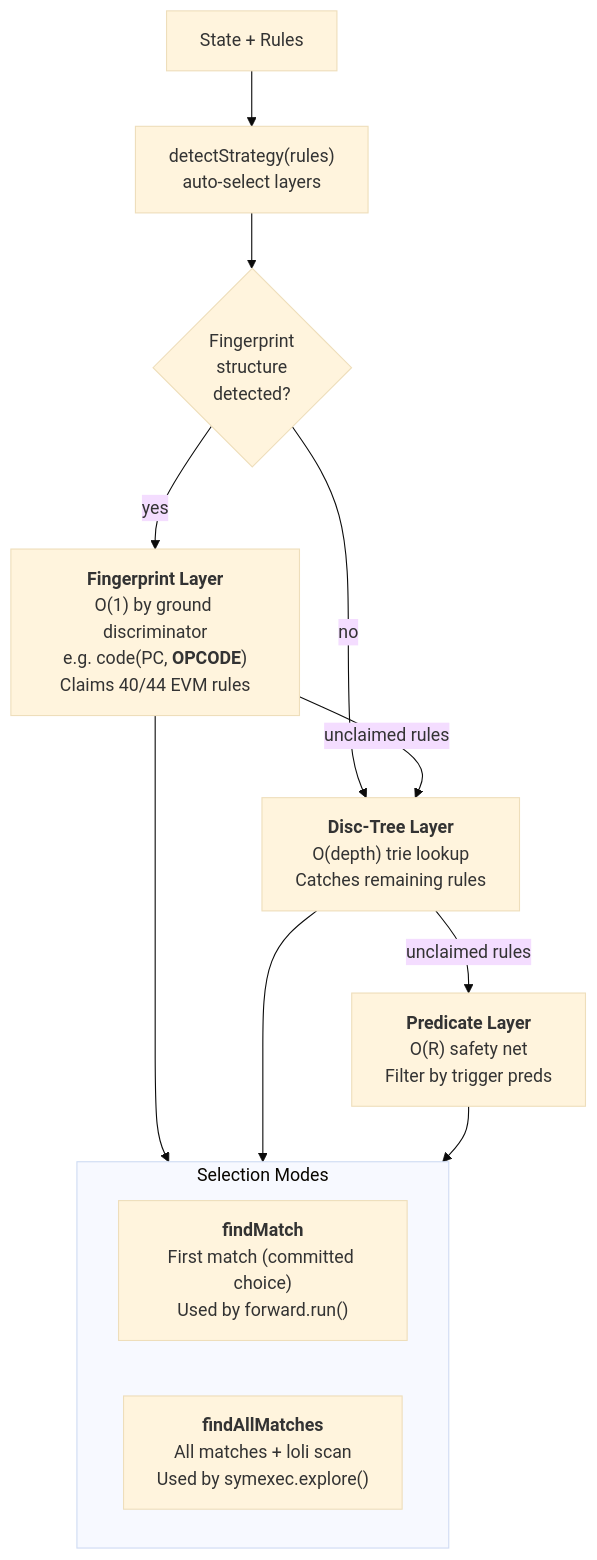
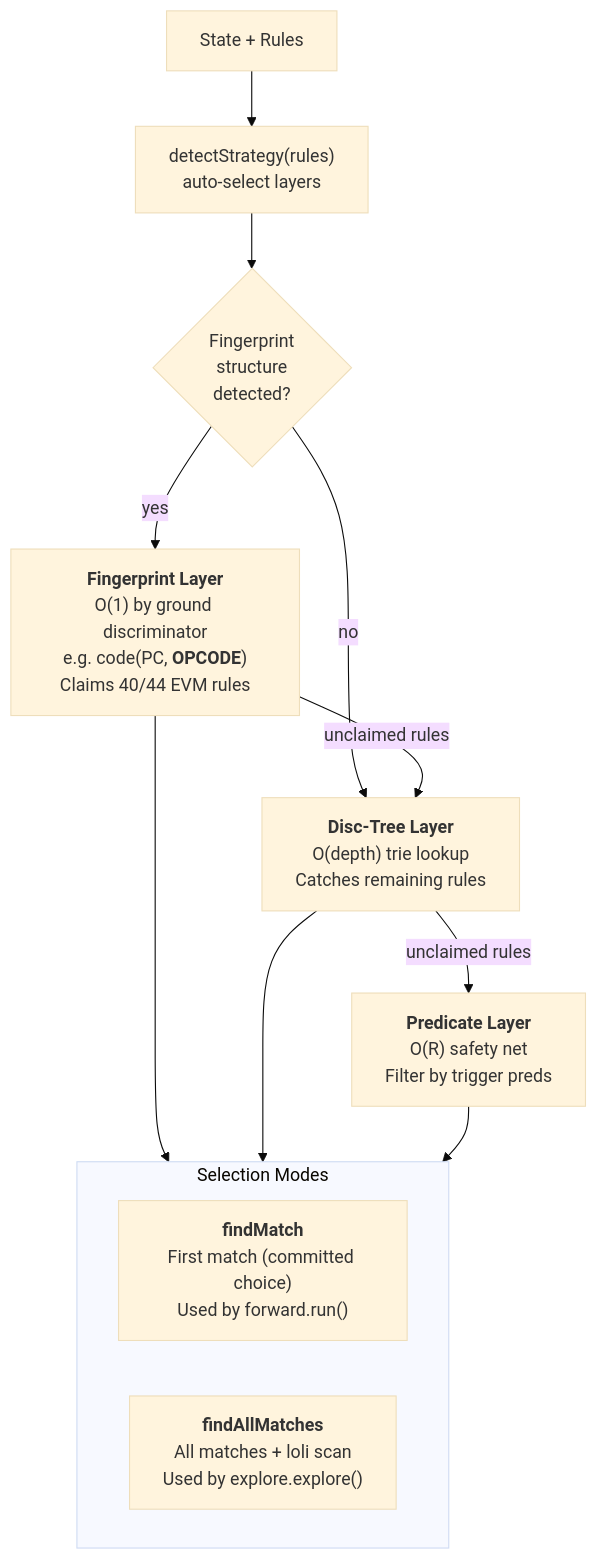
Before and after one commit to mhhf/calc: the fifth of 7 diagrams in doc/documentation/forward-chaining-engine.md, drawn with Mermaid (base theme). The commit also changed other lines of this file and 10 other files, not shown here.

````diff
--- a/doc/documentation/forward-chaining-engine.md
+++ b/doc/documentation/forward-chaining-engine.md
@@ -195,21 +195,21 @@
 ```mermaid
 flowchart TB
     STATE["State + Rules"] --> DETECT["detectStrategy(rules)<br/>auto-select layers"]
 
     DETECT --> FP{"Fingerprint<br/>structure<br/>detected?"}
     FP --> |"yes"| FPLAYER["<b>Fingerprint Layer</b><br/>O(1) by ground discriminator<br/>e.g. code(PC, <b>OPCODE</b>)<br/>Claims 40/44 EVM rules"]
     FP --> |"no"| DTLAYER
 
     FPLAYER --> |"unclaimed rules"| DTLAYER["<b>Disc-Tree Layer</b><br/>O(depth) trie lookup<br/>Catches remaining rules"]
 
     DTLAYER --> |"unclaimed rules"| PREDLAYER["<b>Predicate Layer</b><br/>O(R) safety net<br/>Filter by trigger preds"]
 
     subgraph Selection["Selection Modes"]
         COMMITTED["<b>findMatch</b><br/>First match (committed choice)<br/>Used by forward.run()"]
-        EXHAUSTIVE["<b>findAllMatches</b><br/>All matches + loli scan<br/>Used by symexec.explore()"]
+        EXHAUSTIVE["<b>findAllMatches</b><br/>All matches + loli scan<br/>Used by explore.explore()"]
     end
 
     FPLAYER --> Selection
     DTLAYER --> Selection
     PREDLAYER --> Selection
 ```
````
